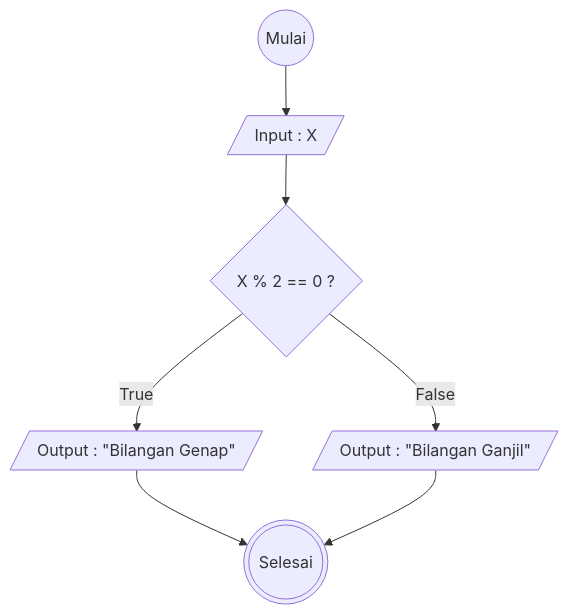
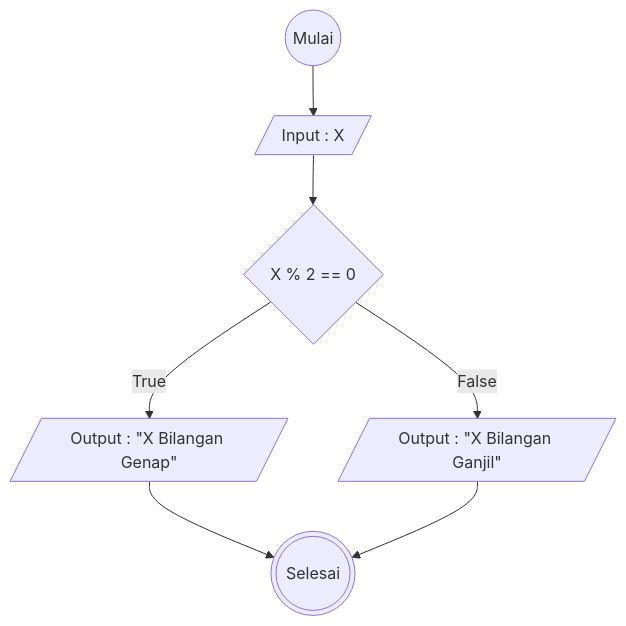
Before and after one commit to adityabastyas/koda-b6-algoritma: the diagram in flowchart-ganjil-genap.md, drawn with Mermaid.

Commit message:
Update flowchart for even and odd numbers

````diff
--- a/flowchart-ganjil-genap.md
+++ b/flowchart-ganjil-genap.md
@@ -1,25 +1,25 @@
 ```mermaid
 
 flowchart TD
     A@{ shape: circle, label: "Mulai" }
     B@{ shape: lean-r, label: "Input : X" }
-    C@{ shape: diamond, label: "X % 2 == 0 ?" }
-    D@{ shape: lean-r, label: 'Output : "Bilangan Genap"' }
-    E@{ shape: lean-r, label: 'Output : "Bilangan Ganjil"' }
+    C@{ shape: diamond, label: "X % 2 == 0" }
+    D@{ shape: lean-r, label: 'Output : "X Bilangan Genap"' }
+    E@{ shape: lean-r, label: 'Output : "X Bilangan Ganjil"' }
     F@{ shape: dbl-circ, label: "Selesai" }
 
     A --> B
     B --> C
     C -- True --> D
     C -- False --> E
     D --> F
     E --> F
 
 
 
 
 
 
 
 
 ```
````
